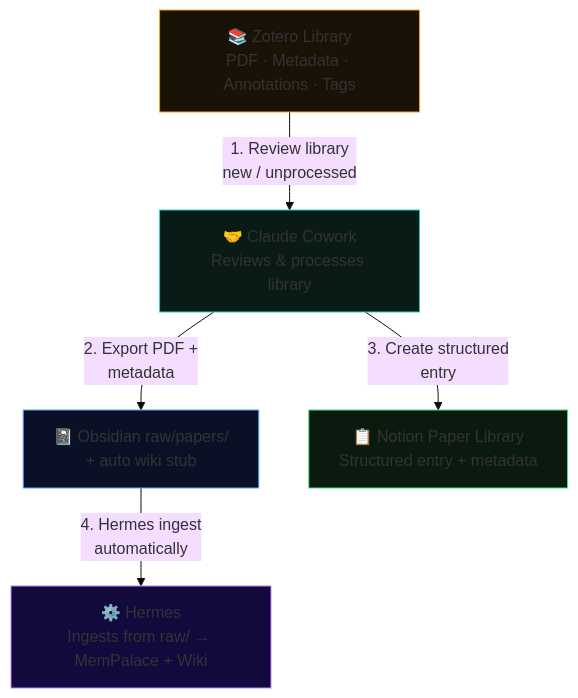
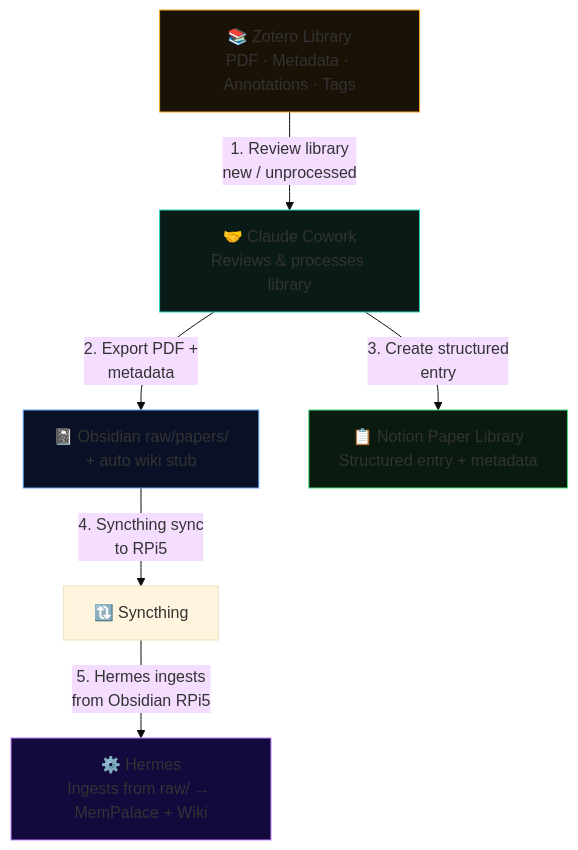
One commit to omankz/Hermes-Agent---Claude-Cowork---Notion---Obsidian changed the fourth of 7 diagrams in README-en.md. Above: the diagram before and after it, drawn with Mermaid (base theme). The commit also changed other lines of this file, not shown here.

````diff
--- a/README-en.md
+++ b/README-en.md
@@ -544,28 +543,30 @@
 ```mermaid
 flowchart TD
     Z["📚 Zotero Library
 PDF · Metadata · Annotations · Tags"]
     CW["🤝 Claude Cowork
 Reviews & processes library"]
     OB["📓 Obsidian raw/papers/
 + auto wiki stub"]
     NT["📋 Notion Paper Library
 Structured entry + metadata"]
     H["⚙️ Hermes
 Ingests from raw/ → MemPalace + Wiki"]
 
     Z -->|"1. Review library
 new / unprocessed"| CW
     CW -->|"2. Export PDF +
 metadata"| OB
     CW -->|"3. Create structured
 entry"| NT
-    OB -->|"4. Hermes ingest
-automatically"| H
+    OB -->|"4. Syncthing sync
+to RPi5"| S2["🔃 Syncthing"]
+    S2 -->|"5. Hermes ingests
+from Obsidian RPi5"| H
 
     style Z fill:#1a1207,stroke:#f5a623
     style CW fill:#0a1a17,stroke:#2dd4bf
     style OB fill:#0a1127,stroke:#60a5fa
     style NT fill:#0a1a0f,stroke:#4ade80
     style H fill:#12093d,stroke:#c084fc
 ```
````
